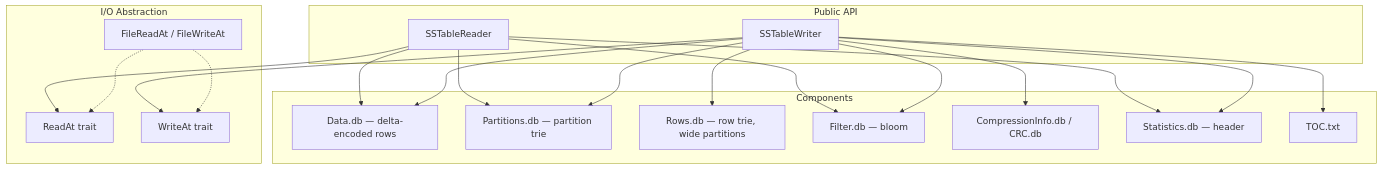
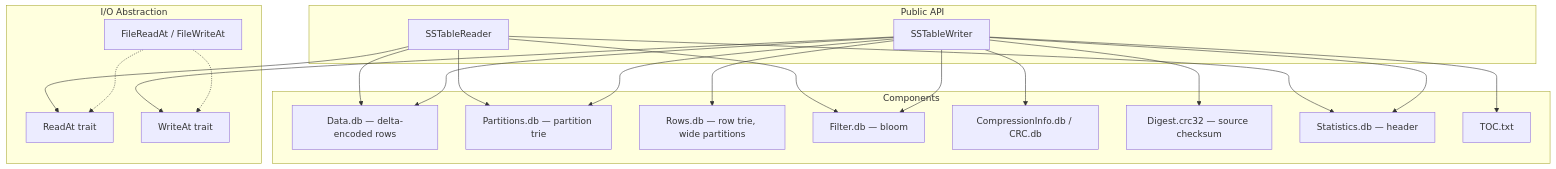
One commit to ferrosadb/ferrosa changed the diagram in ferrosa-sstable/specs/overview.md. Above: the diagram before and after it, drawn with Mermaid. The commit also changed other lines of this file and 7 other files, not shown here.

````diff
--- a/ferrosa-sstable/specs/overview.md
+++ b/ferrosa-sstable/specs/overview.md
@@ -69,36 +73,38 @@
 ```mermaid
 graph TB
     subgraph API["Public API"]
         Reader[SSTableReader]
         Writer[SSTableWriter]
     end
     subgraph Comp["Components"]
         Data[Data.db &mdash; delta-encoded rows]
         Part[Partitions.db &mdash; partition trie]
         Rows[Rows.db &mdash; row trie, wide partitions]
         Filter[Filter.db &mdash; bloom]
         CI[CompressionInfo.db / CRC.db]
+        Digest[Digest.crc32 &mdash; source checksum]
         Stats[Statistics.db &mdash; header]
         TOC[TOC.txt]
     end
     subgraph IO["I/O Abstraction"]
         ReadAt[ReadAt trait]
         WriteAt[WriteAt trait]
         FileImpl[FileReadAt / FileWriteAt]
     end
     Reader --> Part
     Reader --> Filter
     Reader --> Stats
     Reader --> Data
     Writer --> Data
     Writer --> Part
     Writer --> Rows
     Writer --> Filter
     Writer --> CI
+    Writer --> Digest
     Writer --> Stats
     Writer --> TOC
     Reader --> ReadAt
     Writer --> WriteAt
     FileImpl -.-> ReadAt
     FileImpl -.-> WriteAt
 ```
````
